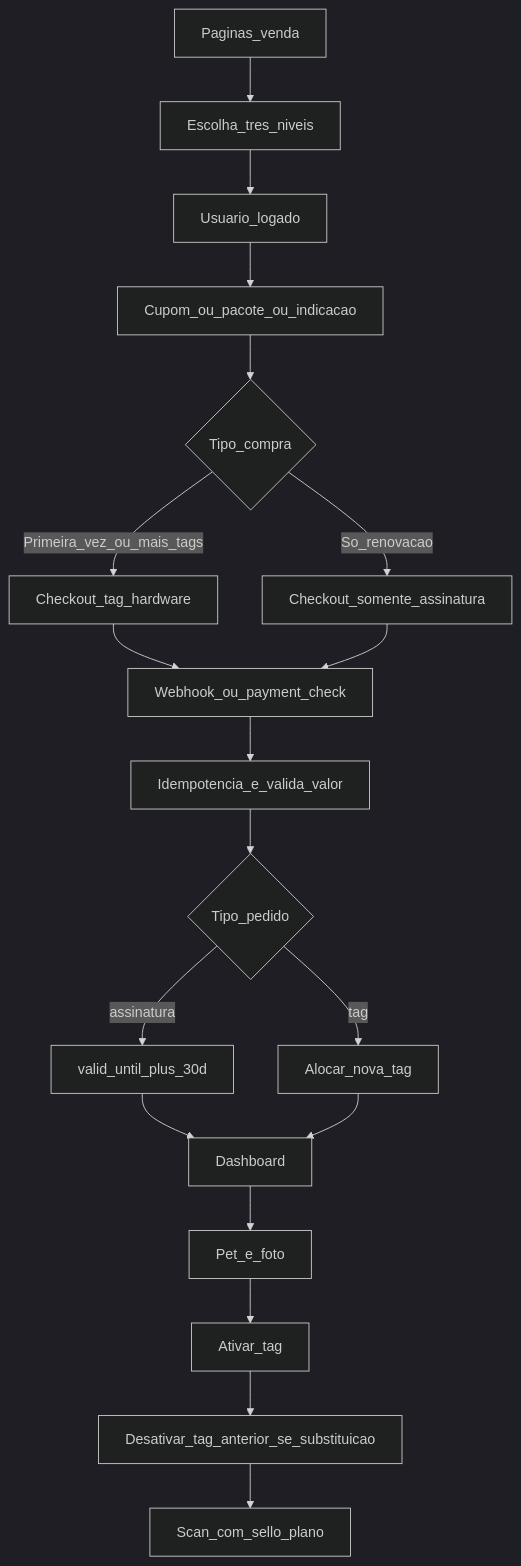
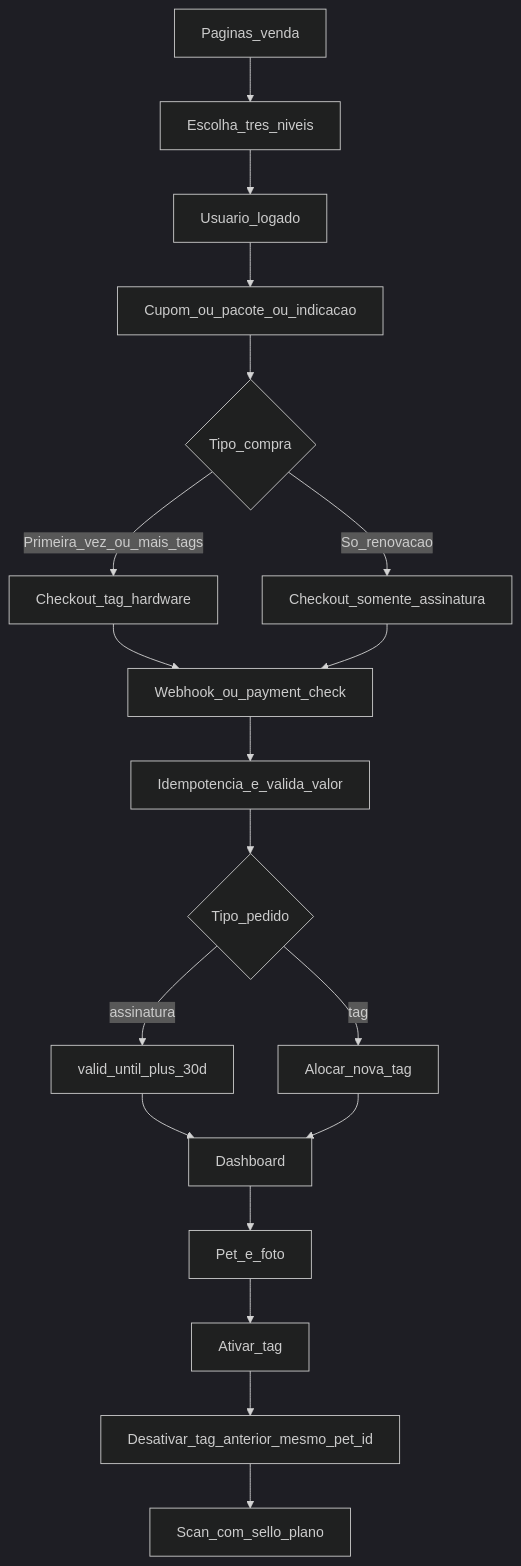
The diagram in .cursor/plans/tag_nfc_paga_e_dashboard_e72210c9.plan.md (Trindadelucas0/AIRPET), drawn with Mermaid (dark theme) before and after one commit. The commit also changed other lines of this file, not shown here.

````diff
--- a/.cursor/plans/tag_nfc_paga_e_dashboard_e72210c9.plan.md
+++ b/.cursor/plans/tag_nfc_paga_e_dashboard_e72210c9.plan.md
@@ -218,21 +227,21 @@
 ```mermaid
 flowchart TD
   Venda[Paginas_venda] --> Planos[Escolha_tres_niveis]
   Planos --> Auth[Usuario_logado]
   Auth --> Promo[Cupom_ou_pacote_ou_indicacao]
   Promo --> Tipo{Tipo_compra}
   Tipo -->|Primeira_vez_ou_mais_tags| CheckoutTag[Checkout_tag_hardware]
   Tipo -->|So_renovacao| CheckoutSub[Checkout_somente_assinatura]
   CheckoutTag --> WH[Webhook_ou_payment_check]
   CheckoutSub --> WH
   WH --> Idem[Idempotencia_e_valida_valor]
   Idem --> Branch{Tipo_pedido}
   Branch -->|assinatura| Extend[valid_until_plus_30d]
   Branch -->|tag| Aloca[Alocar_nova_tag]
   Extend --> Dash[Dashboard]
   Aloca --> Dash
   Dash --> Personaliza[Pet_e_foto]
   Personaliza --> Ativar[Ativar_tag]
-  Ativar --> DesativaAnt[Desativar_tag_anterior_se_substituicao]
+  Ativar --> DesativaAnt[Desativar_tag_anterior_mesmo_pet_id]
   DesativaAnt --> Scan[Scan_com_sello_plano]
 ```
````
